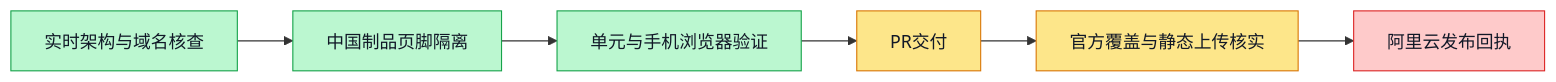
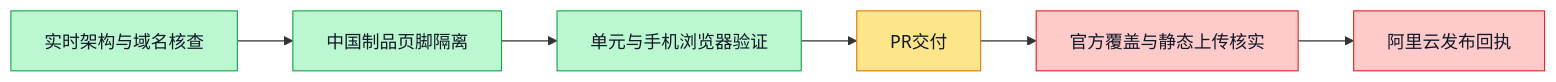
One commit to boardx/workspacex changed the diagram in deploy/aliyun/home-cn-icp-release.md. Above: the diagram before and after it, drawn with Mermaid. The commit also changed other lines of this file and 1 other file, not shown here.

````diff
--- a/deploy/aliyun/home-cn-icp-release.md
+++ b/deploy/aliyun/home-cn-icp-release.md
@@ -108,17 +129,17 @@
 ```mermaid
 flowchart LR
   A[实时架构与域名核查] --> B[中国制品页脚隔离]
   B --> C[单元与手机浏览器验证]
   C --> D[PR交付]
   D --> E[官方覆盖与静态上传核实]
   E --> F[阿里云发布回执]
   classDef done fill:#bbf7d0,stroke:#16a34a,color:#111827
   classDef doing fill:#fde68a,stroke:#d97706,color:#111827
   classDef blocked fill:#fecaca,stroke:#dc2626,color:#111827
   class A done
   class B done
   class C done
   class D doing
-  class E doing
+  class E blocked
   class F blocked
 ```
````
